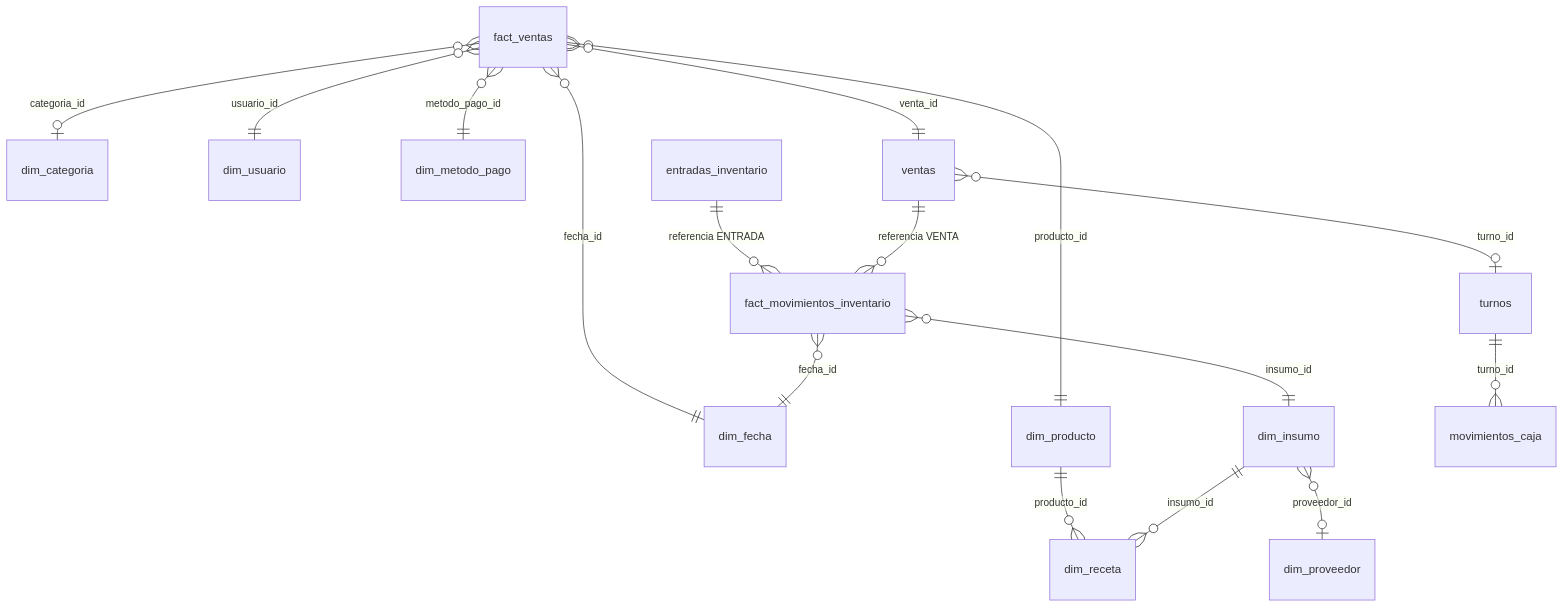
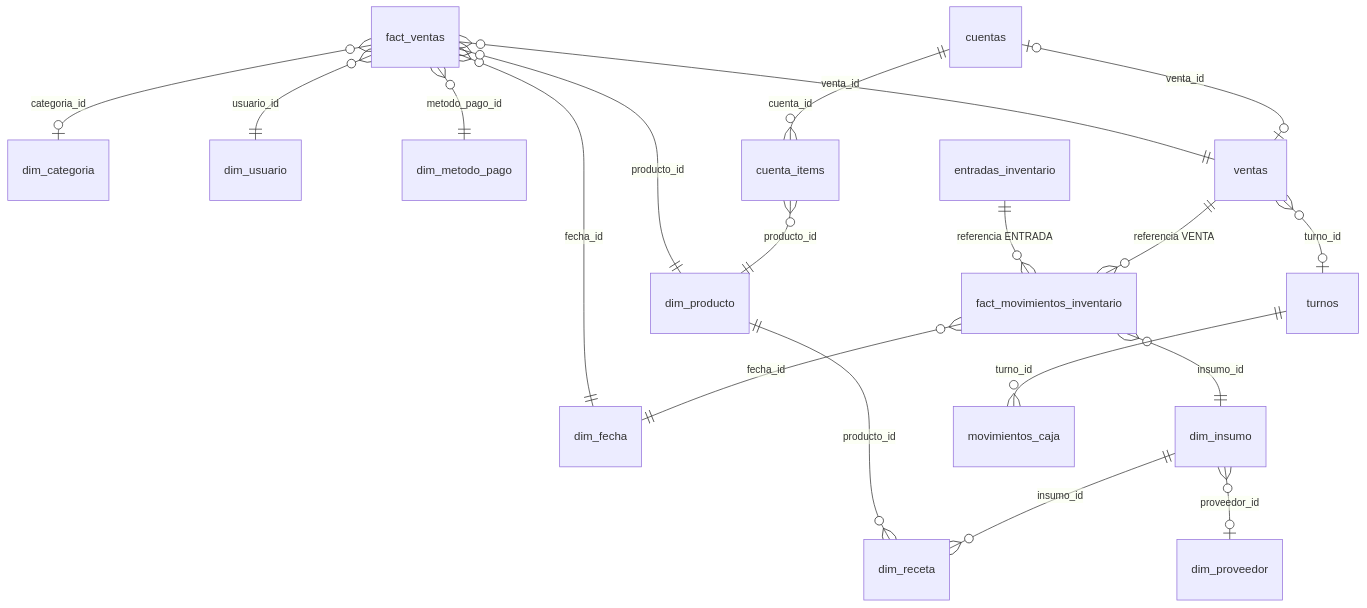
Before and after one commit to JuanDiaz-DataAnalyst/punto-de-venta-master: the diagram in docs/modelo-de-datos.md, drawn with Mermaid. The commit also changed other lines of this file and 27 other files, not shown here.

````diff
--- a/docs/modelo-de-datos.md
+++ b/docs/modelo-de-datos.md
@@ -7,18 +7,21 @@
 ```mermaid
 erDiagram
     fact_ventas }o--|| dim_fecha : fecha_id
     fact_ventas }o--|| dim_producto : producto_id
     fact_ventas }o--o| dim_categoria : categoria_id
     fact_ventas }o--|| dim_usuario : usuario_id
     fact_ventas }o--|| dim_metodo_pago : metodo_pago_id
     fact_ventas }o--|| ventas : venta_id
     ventas }o--o| turnos : turno_id
     dim_producto ||--o{ dim_receta : producto_id
     dim_insumo ||--o{ dim_receta : insumo_id
     dim_insumo }o--o| dim_proveedor : proveedor_id
     fact_movimientos_inventario }o--|| dim_insumo : insumo_id
     fact_movimientos_inventario }o--|| dim_fecha : fecha_id
     entradas_inventario ||--o{ fact_movimientos_inventario : "referencia ENTRADA"
     ventas ||--o{ fact_movimientos_inventario : "referencia VENTA"
     turnos ||--o{ movimientos_caja : turno_id
+    cuentas ||--o{ cuenta_items : cuenta_id
+    cuentas |o--o| ventas : venta_id
+    cuenta_items }o--|| dim_producto : producto_id
 ```
````
